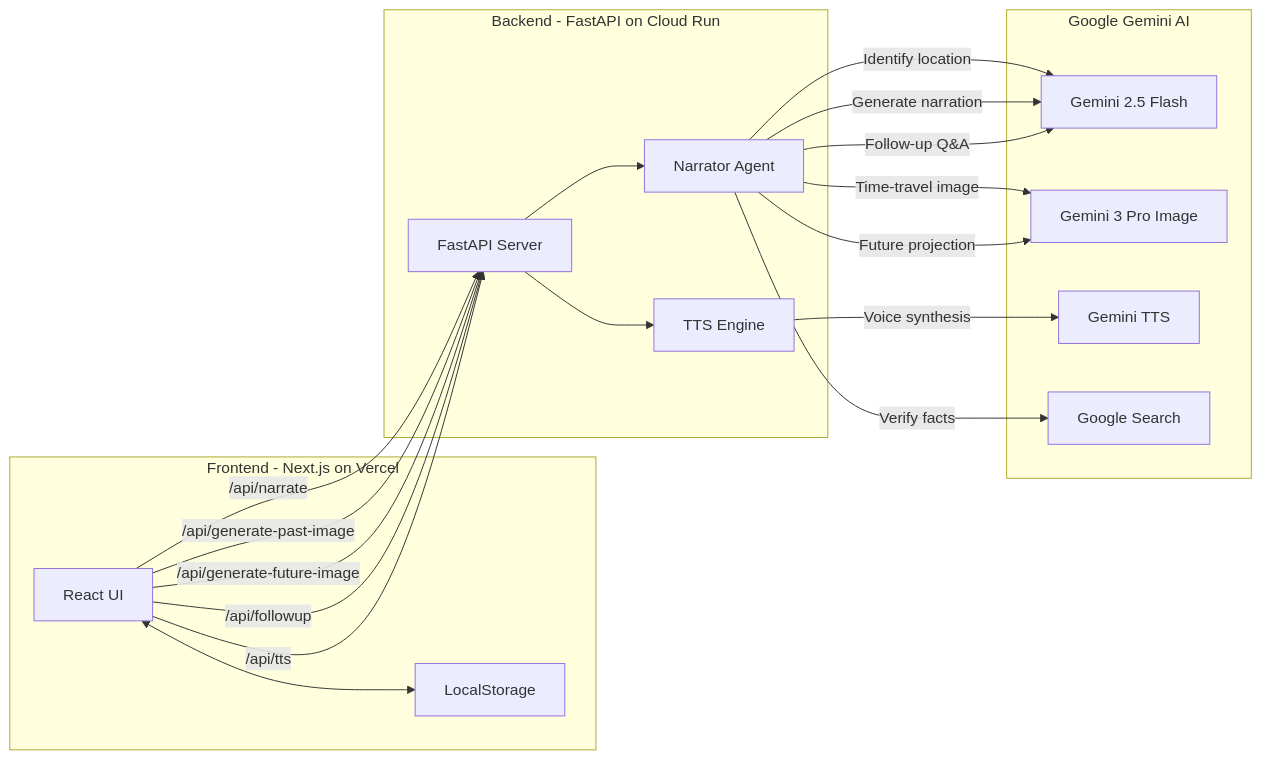
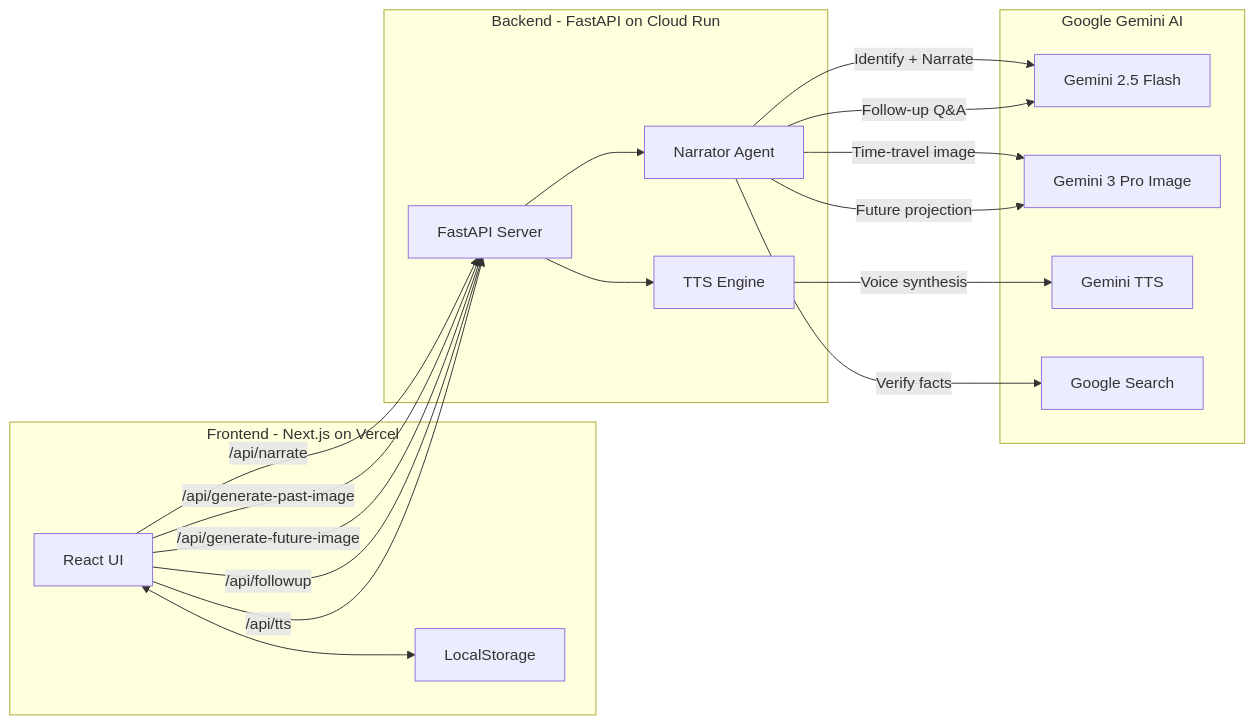
The first of 2 diagrams in README.md (KrishnaSathvik/hackathongoogle), drawn with Mermaid before and after one commit. The commit also changed other lines of this file, not shown here.

First line of the commit message:
Update README with single-call narration optimization

````diff
--- a/README.md
+++ b/README.md
@@ -28,38 +28,37 @@
 ```mermaid
 graph LR
     subgraph Frontend[Frontend - Next.js on Vercel]
         UI[React UI]
         LS[LocalStorage]
     end
 
     subgraph Backend[Backend - FastAPI on Cloud Run]
         API[FastAPI Server]
         NAR[Narrator Agent]
         TTS[TTS Engine]
     end
 
     subgraph Gemini[Google Gemini AI]
         FLASH[Gemini 2.5 Flash]
         IMG[Gemini 3 Pro Image]
         VOICE[Gemini TTS]
         SEARCH[Google Search]
     end
 
     UI -- /api/narrate --> API
     UI -- /api/generate-past-image --> API
     UI -- /api/generate-future-image --> API
     UI -- /api/followup --> API
     UI -- /api/tts --> API
     UI <--> LS
 
     API --> NAR
     API --> TTS
 
-    NAR -- Identify location --> FLASH
+    NAR -- Identify + Narrate --> FLASH
     NAR -- Verify facts --> SEARCH
-    NAR -- Generate narration --> FLASH
     NAR -- Time-travel image --> IMG
     NAR -- Future projection --> IMG
     NAR -- Follow-up Q&A --> FLASH
     TTS -- Voice synthesis --> VOICE
 ```
````
